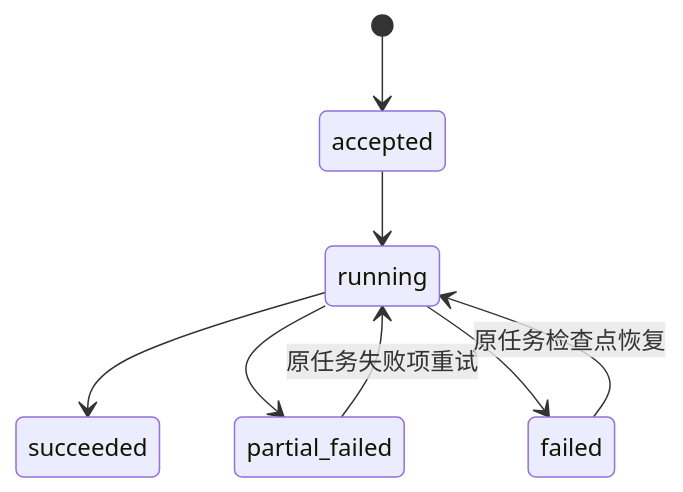
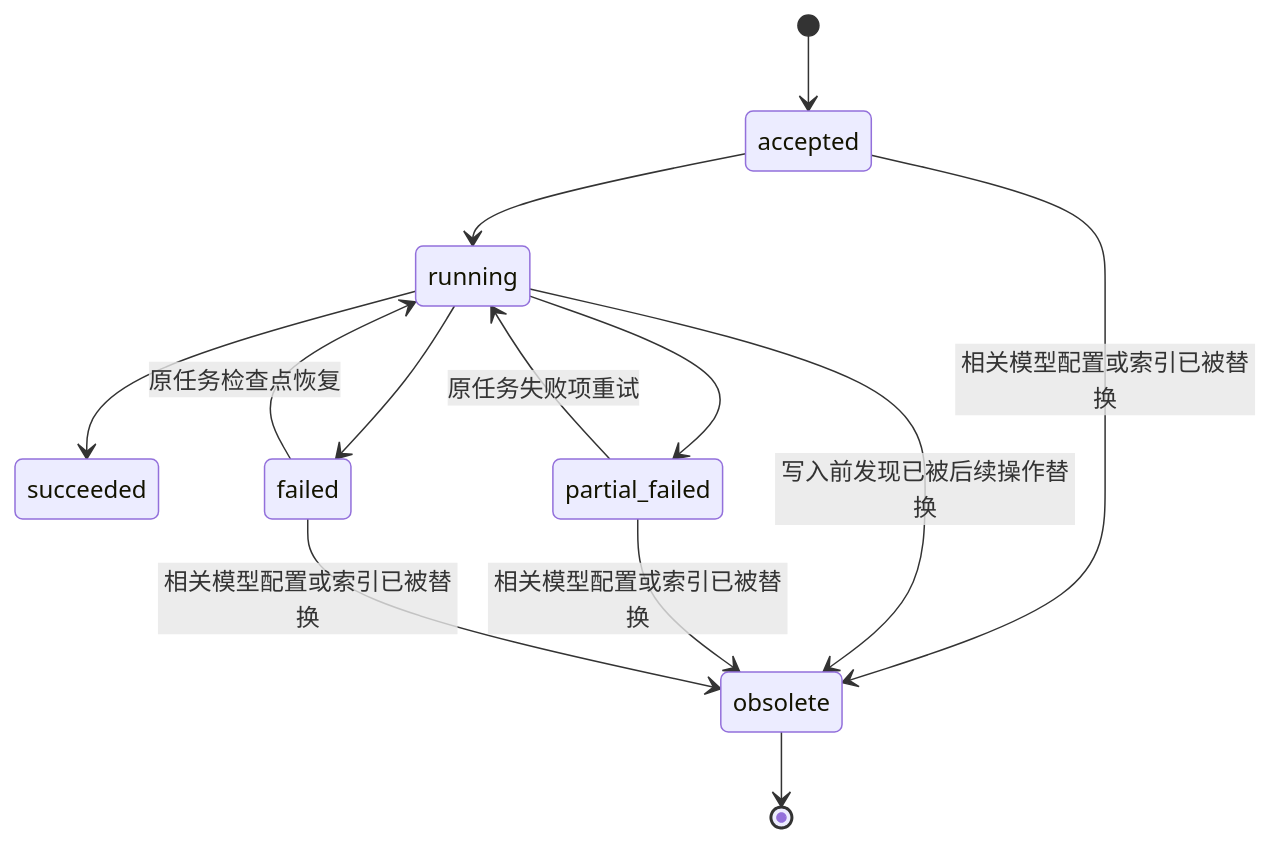
Before and after one commit to dataelement/bisheng: the second of 4 diagrams in features/v3.1.0-beta1/118-knowledge-space-unification/design.md, drawn with Mermaid. The commit also changed other lines of this file and 9 other files, not shown here.

````diff
--- a/features/v3.1.0-beta1/118-knowledge-space-unification/design.md
+++ b/features/v3.1.0-beta1/118-knowledge-space-unification/design.md
@@ -216,10 +233,15 @@
 ```mermaid
 stateDiagram-v2
   [*] --> accepted
   accepted --> running
   running --> succeeded
   running --> partial_failed
   running --> failed
   partial_failed --> running: 原任务失败项重试
   failed --> running: 原任务检查点恢复
+  accepted --> obsolete: 相关模型配置或索引已被替换
+  running --> obsolete: 写入前发现已被后续操作替换
+  partial_failed --> obsolete: 相关模型配置或索引已被替换
+  failed --> obsolete: 相关模型配置或索引已被替换
+  obsolete --> [*]
 ```
````
